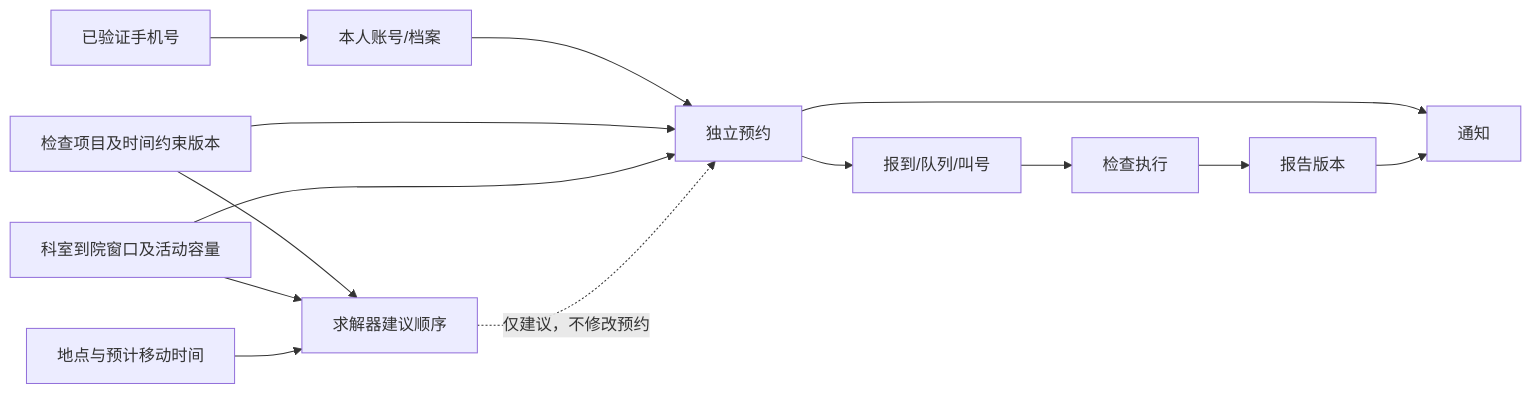
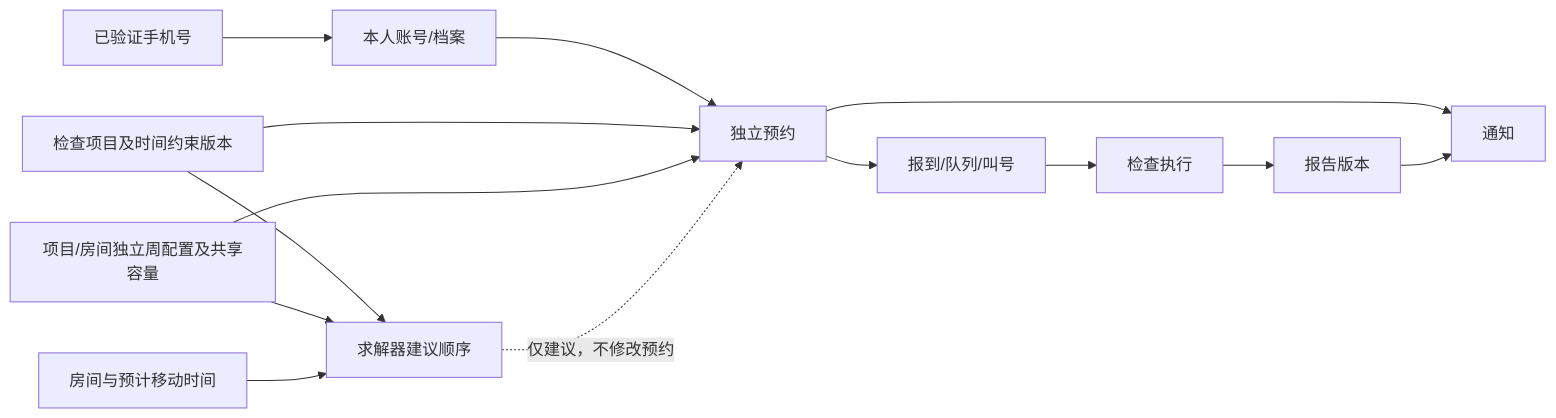
One commit to bctd7/Hospital changed the diagram in plan/backend/overview/05-delivery-roadmap.md. Above: the diagram before and after it, drawn with Mermaid. The commit also changed other lines of this file and 8 other files, not shown here.

````diff
--- a/plan/backend/overview/05-delivery-roadmap.md
+++ b/plan/backend/overview/05-delivery-roadmap.md
@@ -92,16 +92,16 @@
 ```mermaid
 flowchart LR
     PHONE["已验证手机号"] --> SELF["本人账号/档案"]
     SELF --> APPOINTMENT["独立预约"]
     ITEM["检查项目及时间约束版本"] --> APPOINTMENT
-    WINDOW["科室到院窗口及活动容量"] --> APPOINTMENT
+    WINDOW["项目/房间独立周配置及共享容量"] --> APPOINTMENT
     ITEM --> ORDER["求解器建议顺序"]
     WINDOW --> ORDER
-    MAP["地点与预计移动时间"] --> ORDER
+    MOVE["房间与预计移动时间"] --> ORDER
     ORDER -. "仅建议，不修改预约" .-> APPOINTMENT
     APPOINTMENT --> QUEUE["报到/队列/叫号"]
     QUEUE --> EXECUTION["检查执行"]
     EXECUTION --> REPORT["报告版本"]
     APPOINTMENT --> NOTICE["通知"]
     REPORT --> NOTICE
 ```
````
